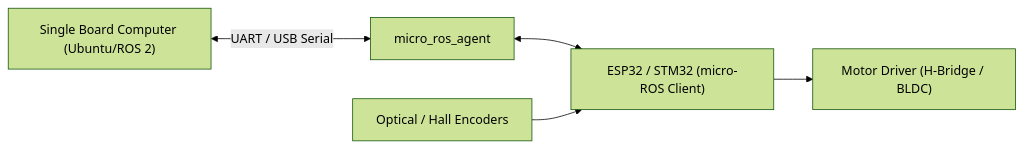
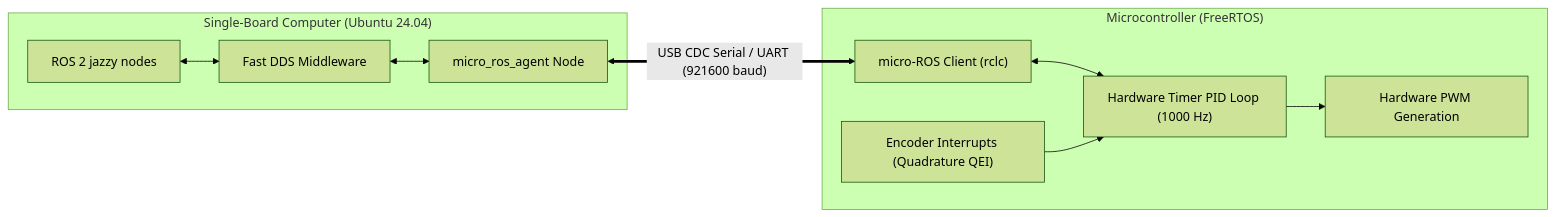
One commit to alfaXphoori/ros2 changed the third of 3 diagrams in Advanced_ROS/01_ros2_control_Hardware/README.md. Above: the diagram before and after it, drawn with Mermaid (forest theme). The commit also changed other lines of this file and 14 other files, not shown here.

````diff
--- a/Advanced_ROS/01_ros2_control_Hardware/README.md
+++ b/Advanced_ROS/01_ros2_control_Hardware/README.md
@@ -51,7 +121,19 @@
 ```mermaid
 flowchart LR
-    SBC["Single Board Computer (Ubuntu/ROS 2)"] <-->|"UART / USB Serial"| Agent["micro_ros_agent"]
-    Agent <--> MCU["ESP32 / STM32 (micro-ROS Client)"]
-    MCU --> MotorDriver["Motor Driver (H-Bridge / BLDC)"]
-    Encoder["Optical / Hall Encoders"] --> MCU
+    subgraph SBC ["Single-Board Computer (Ubuntu 24.04)"]
+        ROS2_App["ROS 2 jazzy nodes"] <--> DDS_Layer["Fast DDS Middleware"]
+        DDS_Layer <--> UROS_Agent["micro_ros_agent Node"]
+    end
+
+    subgraph Embedded_MCU ["Microcontroller (FreeRTOS)"]
+        UROS_Client["micro-ROS Client (rclc)"]
+        PID_Loop["Hardware Timer PID Loop (1000 Hz)"]
+        Enc_ISR["Encoder Interrupts (Quadrature QEI)"]
+        PWM_Gen["Hardware PWM Generation"]
+    end
+
+    UROS_Agent <==>|"USB CDC Serial / UART (921600 baud)"| UROS_Client
+    UROS_Client <--> PID_Loop
+    Enc_ISR --> PID_Loop
+    PID_Loop --> PWM_Gen
 ```
````
